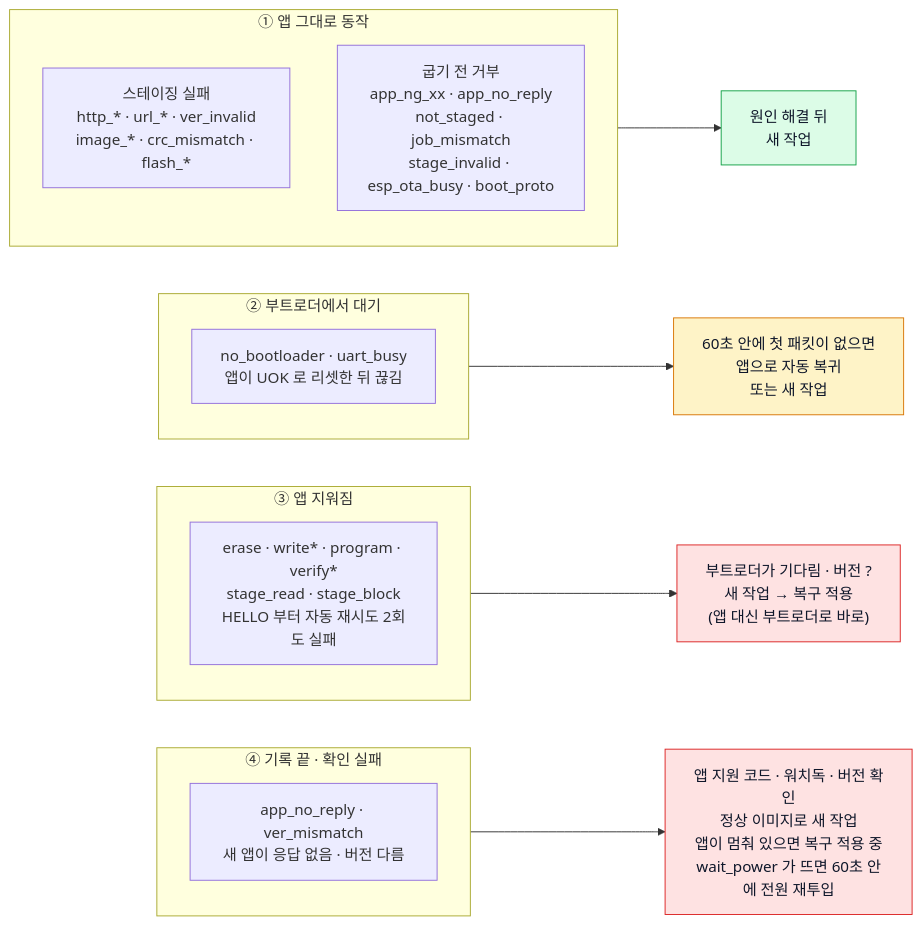
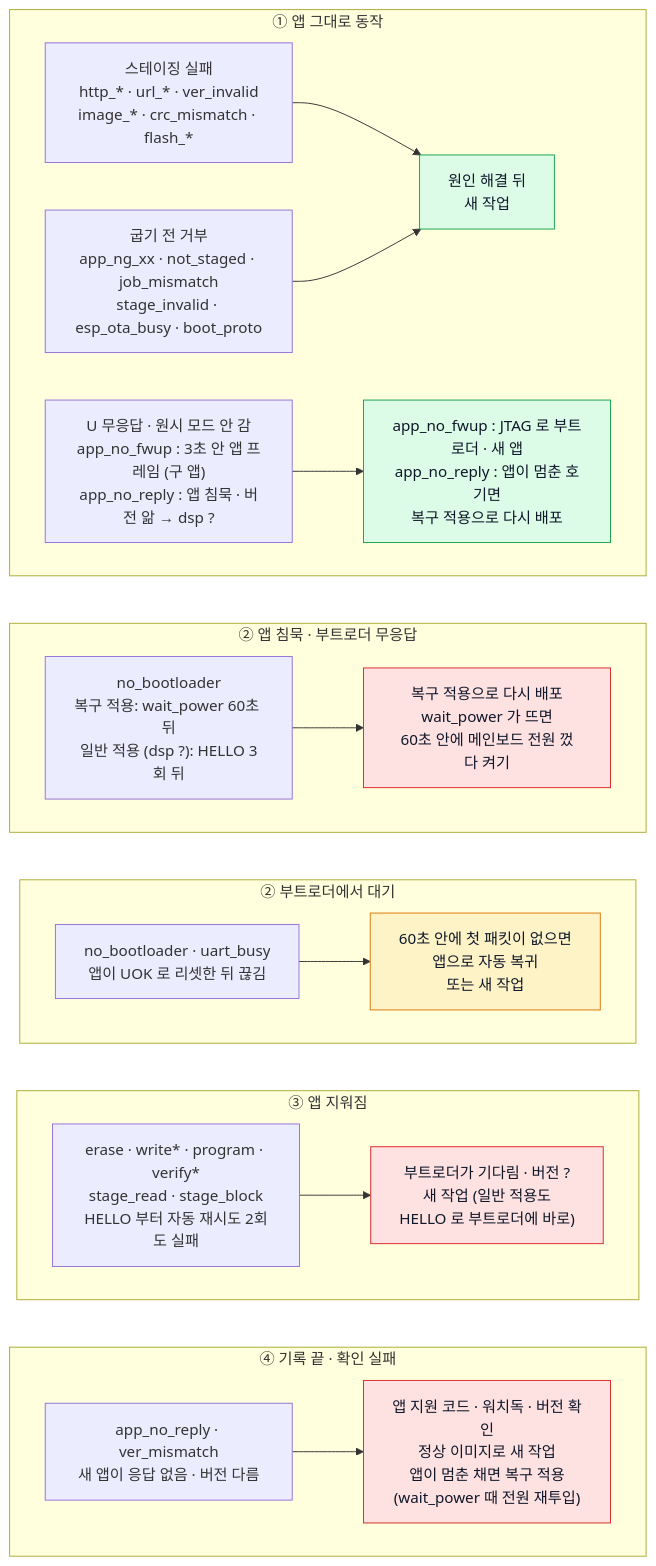
Before and after one commit to Leepy0/AGV_FOTA_GATEWAY: the diagram in docs/diagrams/mainboard-fail-state.mmd, drawn with Mermaid. The commit also changed 28 other files, not shown here.

```diff
--- a/docs/diagrams/mainboard-fail-state.mmd
+++ b/docs/diagrams/mainboard-fail-state.mmd
@@ -1,28 +1,30 @@
-flowchart LR
-  subgraph D["④ 기록 끝 · 확인 실패"]
-    direction TB
-    D1["app_no_reply · ver_mismatch<br/>새 앱이 응답 없음 · 버전 다름"]
+flowchart TB
+  subgraph A["① 앱 그대로 동작"]
+    direction LR
+    A1["스테이징 실패<br/>http_* · url_* · ver_invalid<br/>image_* · crc_mismatch · flash_*"] --> RA["원인 해결 뒤<br/>새 작업"]
+    A2["굽기 전 거부<br/>app_ng_xx · not_staged · job_mismatch<br/>stage_invalid · esp_ota_busy · boot_proto"] --> RA
+    A3["U 무응답 · 원시 모드 안 감<br/>app_no_fwup : 3초 안 앱 프레임 (구 앱)<br/>app_no_reply : 앱 침묵 · 버전 앎 → dsp ?"] --> RA3["app_no_fwup : JTAG 로 부트로더 · 새 앱<br/>app_no_reply : 앱이 멈춘 호기면<br/>복구 적용으로 다시 배포"]
+  end
+  subgraph E["② 앱 침묵 · 부트로더 무응답"]
+    direction LR
+    E1["no_bootloader<br/>복구 적용: wait_power 60초 뒤<br/>일반 적용 (dsp ?): HELLO 3회 뒤"] --> RE["복구 적용으로 다시 배포<br/>wait_power 가 뜨면<br/>60초 안에 메인보드 전원 껐다 켜기"]
+  end
+  subgraph B["② 부트로더에서 대기"]
+    direction LR
+    B1["no_bootloader · uart_busy<br/>앱이 UOK 로 리셋한 뒤 끊김"] --> RB["60초 안에 첫 패킷이 없으면<br/>앱으로 자동 복귀<br/>또는 새 작업"]
   end
   subgraph C["③ 앱 지워짐"]
-    direction TB
-    C1["erase · write* · program · verify*<br/>stage_read · stage_block<br/>HELLO 부터 자동 재시도 2회도 실패"]
+    direction LR
+    C1["erase · write* · program · verify*<br/>stage_read · stage_block<br/>HELLO 부터 자동 재시도 2회도 실패"] --> RC["부트로더가 기다림 · 버전 ?<br/>새 작업 (일반 적용도<br/>HELLO 로 부트로더에 바로)"]
   end
-  subgraph B["② 부트로더에서 대기"]
-    direction TB
-    B1["no_bootloader · uart_busy<br/>앱이 UOK 로 리셋한 뒤 끊김"]
+  subgraph D["④ 기록 끝 · 확인 실패"]
+    direction LR
+    D1["app_no_reply · ver_mismatch<br/>새 앱이 응답 없음 · 버전 다름"] --> RD["앱 지원 코드 · 워치독 · 버전 확인<br/>정상 이미지로 새 작업<br/>앱이 멈춘 채면 복구 적용<br/>(wait_power 때 전원 재투입)"]
   end
-  subgraph A["① 앱 그대로 동작"]
-    direction TB
-    A1["스테이징 실패<br/>http_* · url_* · ver_invalid<br/>image_* · crc_mismatch · flash_*"]
-    A2["굽기 전 거부<br/>app_ng_xx · app_no_reply<br/>not_staged · job_mismatch<br/>stage_invalid · esp_ota_busy · boot_proto"]
-  end
-  A --> RA["원인 해결 뒤<br/>새 작업"]
-  B --> RB["60초 안에 첫 패킷이 없으면<br/>앱으로 자동 복귀<br/>또는 새 작업"]
-  C --> RC["부트로더가 기다림 · 버전 ?<br/>새 작업 → 복구 적용<br/>(앱 대신 부트로더로 바로)"]
-  D --> RD["앱 지원 코드 · 워치독 · 버전 확인<br/>정상 이미지로 새 작업<br/>앱이 멈춰 있으면 복구 적용 중<br/>wait_power 가 뜨면 60초 안에 전원 재투입"]
+  A ~~~ E ~~~ B ~~~ C ~~~ D
   classDef ok fill:#dcfce7,stroke:#16a34a,color:#0f172a
   classDef wait fill:#fef3c7,stroke:#d97706,color:#0f172a
   classDef bad fill:#fee2e2,stroke:#dc2626,color:#0f172a
-  class RA ok
+  class RA,RA3 ok
   class RB wait
-  class RC,RD bad
+  class RC,RD,RE bad
```
